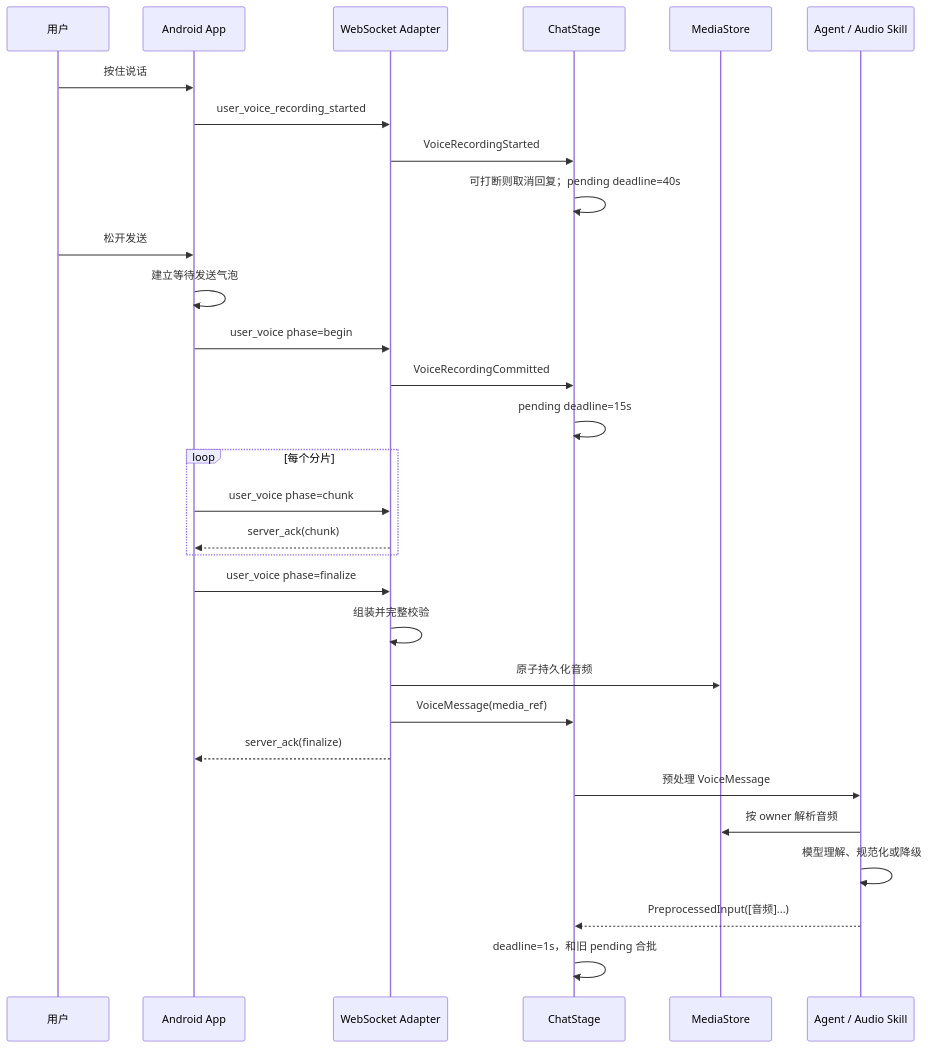
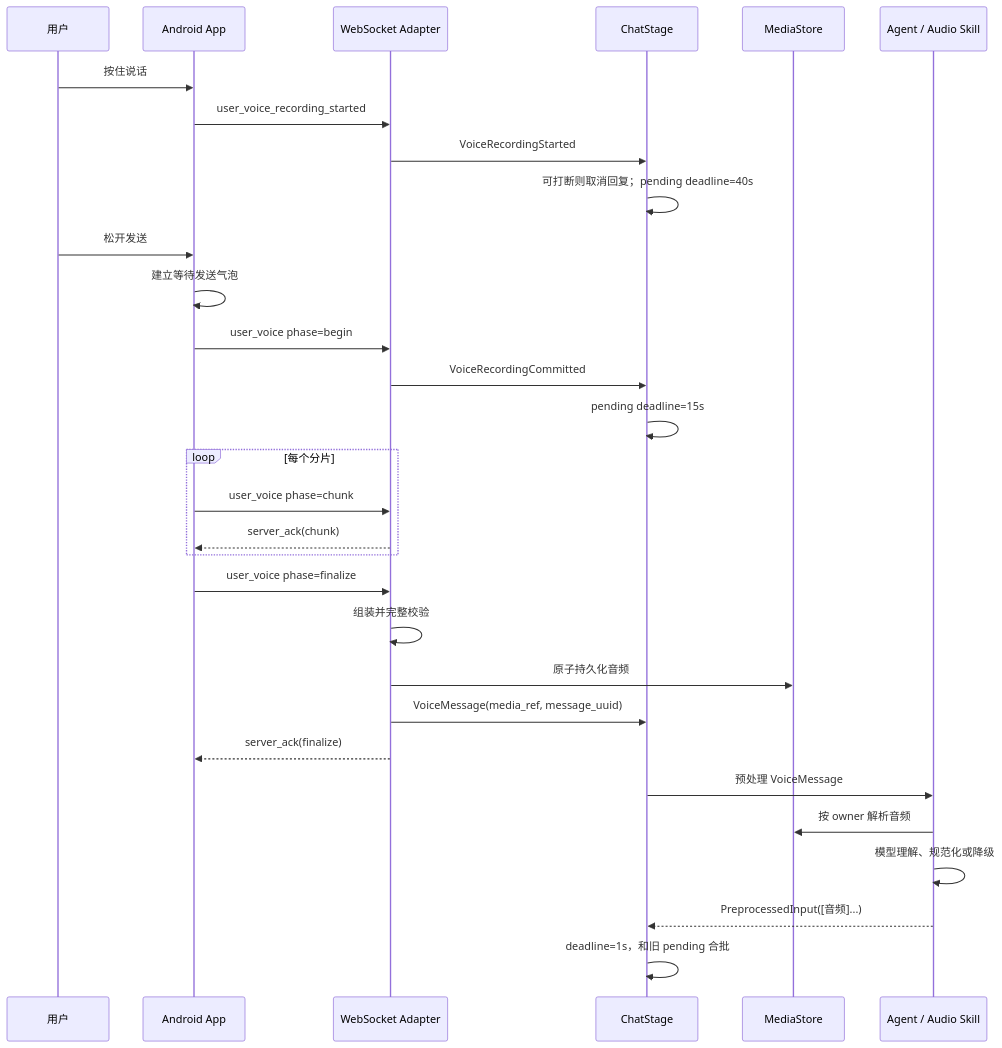
Before and after one commit to SheepLiu712/Agent-LuoTianyi: the second of 3 diagrams in docs/开发进程文档/用户语音消息-spec.md, drawn with Mermaid. The commit also changed other lines of this file and 1 other file, not shown here.

````diff
--- a/docs/开发进程文档/用户语音消息-spec.md
+++ b/docs/开发进程文档/用户语音消息-spec.md
@@ -252,33 +252,33 @@
 ```mermaid
 sequenceDiagram
     participant U as 用户
     participant A as Android App
     participant W as WebSocket Adapter
     participant S as ChatStage
     participant M as MediaStore
     participant G as Agent / Audio Skill
 
     U->>A: 按住说话
     A->>W: user_voice_recording_started
     W->>S: VoiceRecordingStarted
     S->>S: 可打断则取消回复；pending deadline=40s
     U->>A: 松开发送
     A->>A: 建立等待发送气泡
     A->>W: user_voice phase=begin
     W->>S: VoiceRecordingCommitted
     S->>S: pending deadline=15s
     loop 每个分片
         A->>W: user_voice phase=chunk
         W-->>A: server_ack(chunk)
     end
     A->>W: user_voice phase=finalize
     W->>W: 组装并完整校验
     W->>M: 原子持久化音频
-    W->>S: VoiceMessage(media_ref)
+    W->>S: VoiceMessage(media_ref, message_uuid)
     W-->>A: server_ack(finalize)
     S->>G: 预处理 VoiceMessage
     G->>M: 按 owner 解析音频
     G->>G: 模型理解、规范化或降级
     G-->>S: PreprocessedInput([音频]...)
     S->>S: deadline=1s，和旧 pending 合批
 ```
````
